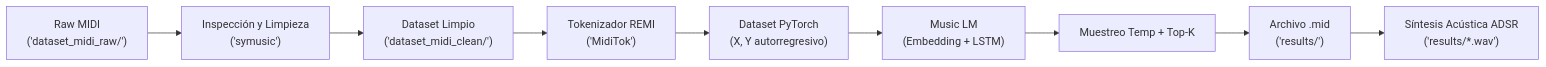
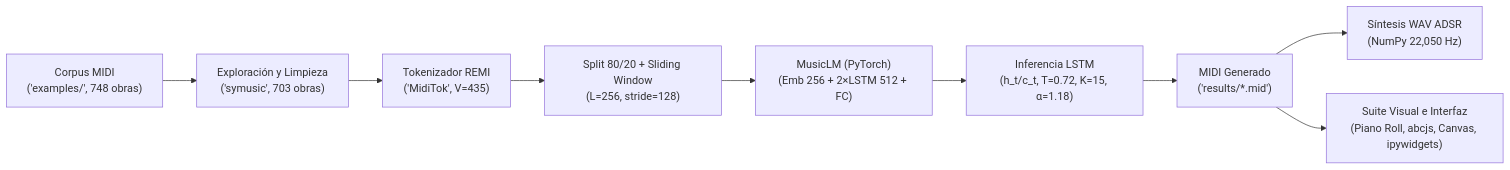
Before and after one commit to RACM-IA-DataScience/DeepMidi_LSTM_Generacion_Musical: the diagram in README.md, drawn with Mermaid. The commit also changed other lines of this file and 17 other files, not shown here.

````diff
--- a/README.md
+++ b/README.md
@@ -50,11 +57,11 @@
 ```mermaid
 flowchart LR
-    A["Raw MIDI<br>('dataset_midi_raw/')"] --> B["Inspección y Limpieza<br>('symusic')"]
-    B --> C["Dataset Limpio<br>('dataset_midi_clean/')"]
-    C --> D["Tokenizador REMI<br>('MidiTok')"]
-    D --> E["Dataset PyTorch<br>(X, Y autorregresivo)"]
-    E --> F["Music LM<br>(Embedding + LSTM)"]
-    F --> G["Muestreo Temp + Top-K"]
-    G --> H["Archivo .mid<br>('results/')"]
-    H --> I["Síntesis Acústica ADSR<br>('results/*.wav')"]
+    A["Corpus MIDI<br>('examples/', 748 obras)"] --> B["Exploración y Limpieza<br>('symusic', 703 obras)"]
+    B --> C["Tokenizador REMI<br>('MidiTok', V=435)"]
+    C --> D["Split 80/20 + Sliding Window<br>(L=256, stride=128)"]
+    D --> E["MusicLM (PyTorch)<br>(Emb 256 + 2×LSTM 512 + FC)"]
+    E --> F["Inferencia LSTM<br>(h_t/c_t, T=0.72, K=15, α=1.18)"]
+    F --> G["MIDI Generado<br>('results/*.mid')"]
+    G --> H["Síntesis WAV ADSR<br>(NumPy 22,050 Hz)"]
+    G --> I["Suite Visual e Interfaz<br>(Piano Roll, abcjs, Canvas, ipywidgets)"]
 ```
````
